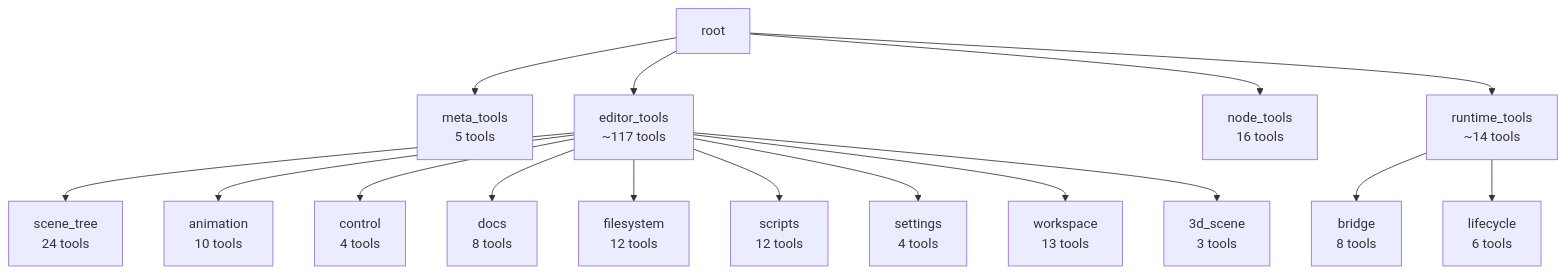
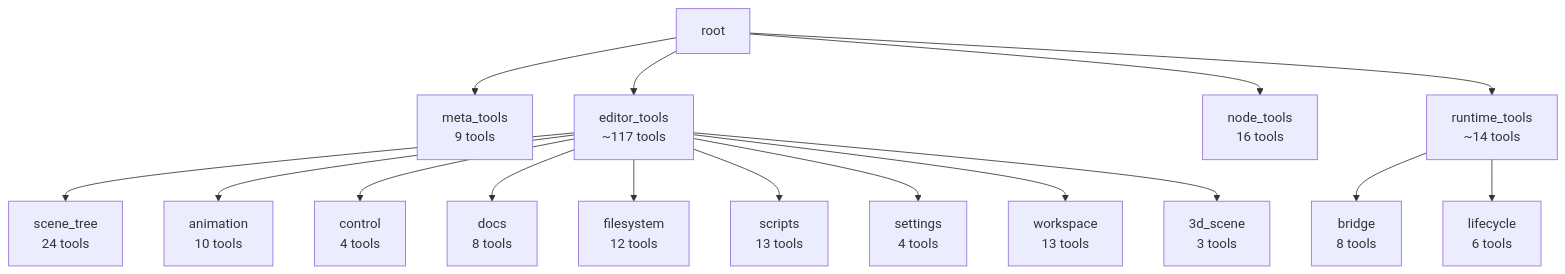
Before and after one commit to jesspig/GodotMCP-GDExtension: the fourth of 5 diagrams in .repo_wiki/modules/handler-registry.md, drawn with Mermaid. The commit also changed other lines of this file and 27 other files, not shown here.

````diff
--- a/.repo_wiki/modules/handler-registry.md
+++ b/.repo_wiki/modules/handler-registry.md
@@ -166,18 +166,18 @@
 ```mermaid
 graph TD
-    ROOT["root"] --> META["meta_tools<br/>5 tools"]
+    ROOT["root"] --> META["meta_tools<br/>9 tools"]
     ROOT --> EDITOR["editor_tools<br/>~117 tools"]
     ROOT --> NODE["node_tools<br/>16 tools"]
     ROOT --> RUNTIME["runtime_tools<br/>~14 tools"]
     EDITOR --> SCENE["scene_tree<br/>24 tools"]
     EDITOR --> ANIM["animation<br/>10 tools"]
     EDITOR --> CONTROL["control<br/>4 tools"]
     EDITOR --> DOCS["docs<br/>8 tools"]
     EDITOR --> FS["filesystem<br/>12 tools"]
-    EDITOR --> SCRIPT["scripts<br/>12 tools"]
+    EDITOR --> SCRIPT["scripts<br/>13 tools"]
     EDITOR --> SETTINGS["settings<br/>4 tools"]
     EDITOR --> WORKSPACE["workspace<br/>13 tools"]
     EDITOR --> _3D["3d_scene<br/>3 tools"]
     RUNTIME --> BRIDGE["bridge<br/>8 tools"]
     RUNTIME --> LIFE["lifecycle<br/>6 tools"]
 ```
````
